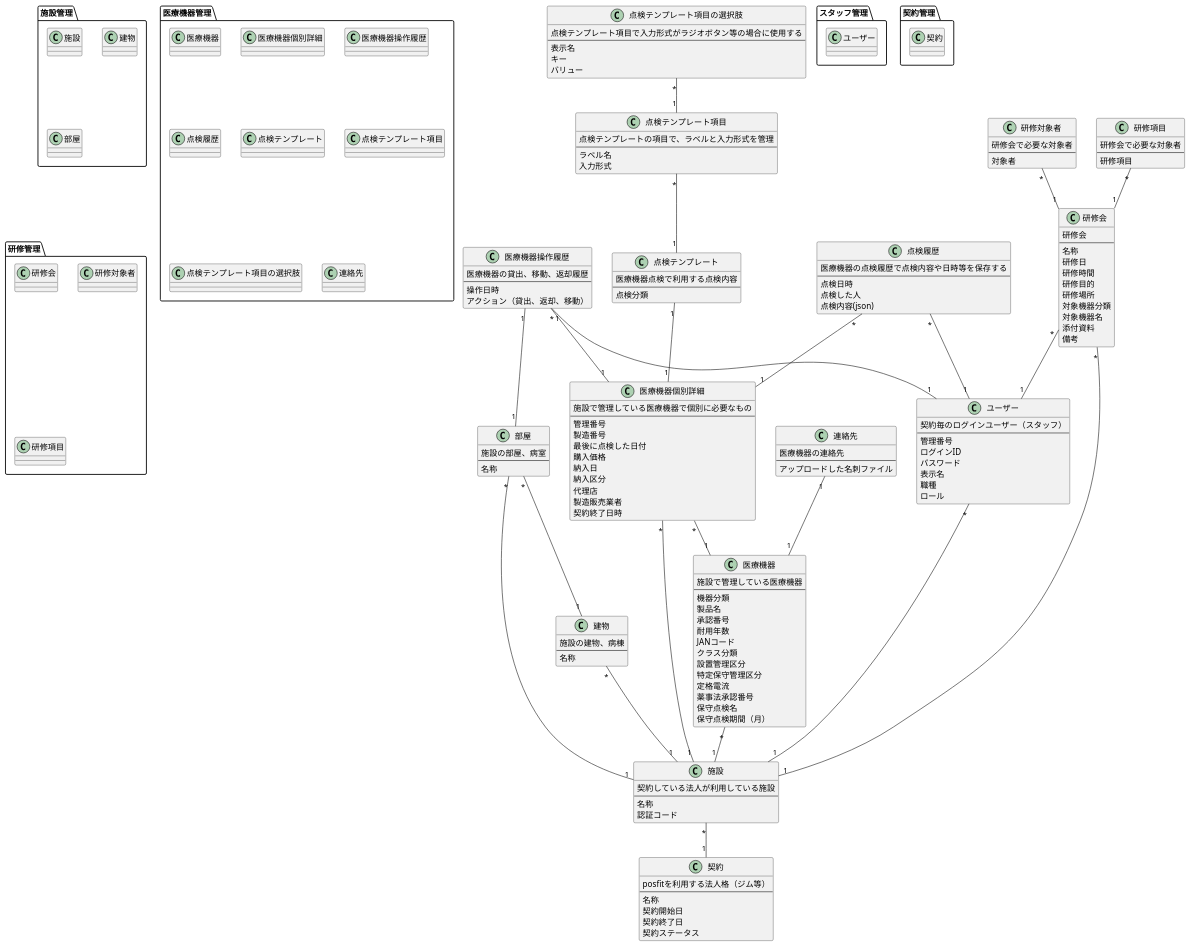
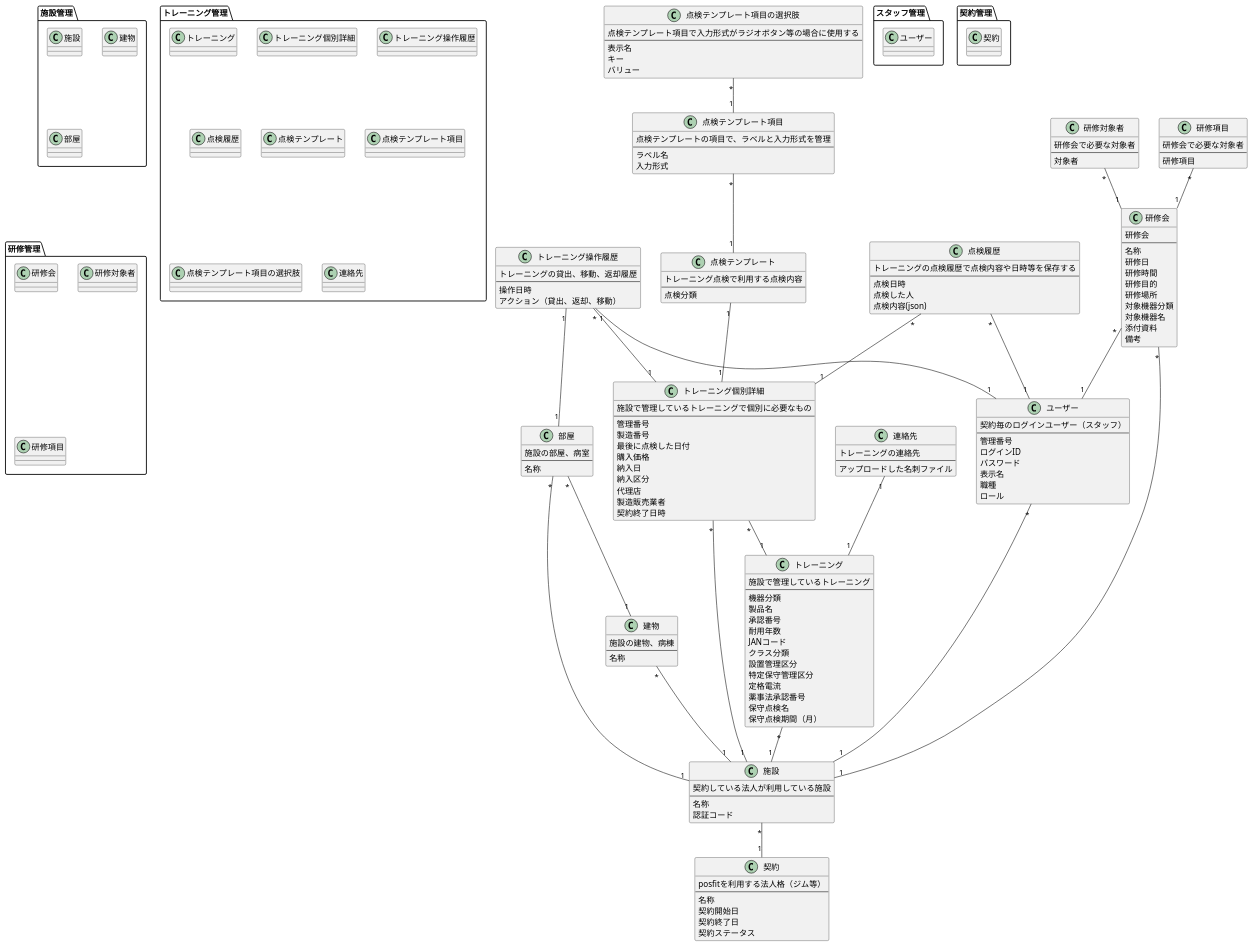
Before and after one commit to autofit-hackers/autofit: the diagram in docs/db/posefit.puml, drawn with PlantUML.

Commit message:
chore: replace "医療機器" with "トレーニング" (just for testing github actions)

```diff
--- a/docs/db/posefit.puml
+++ b/docs/db/posefit.puml
@@ -1,193 +1,193 @@
 @startuml domain-model
 
 package スタッフ管理 {
   class ユーザー
 }
 
 package 契約管理 {
   class 契約
 }
 
 package 施設管理 {
   class 施設
   class 建物
   class 部屋
 }
 
-package 医療機器管理 {
-  class 医療機器
-  class 医療機器個別詳細
-  class 医療機器操作履歴
+package トレーニング管理 {
+  class トレーニング
+  class トレーニング個別詳細
+  class トレーニング操作履歴
   class 点検履歴
   class 点検テンプレート
   class 点検テンプレート項目
   class 点検テンプレート項目の選択肢
   class 連絡先
 }
 
 package 研修管理 {
   class 研修会
   class 研修対象者
   class 研修項目
 }
 
 class 契約 {
   posfitを利用する法人格（ジム等）
   ---
   名称
   契約開始日
   契約終了日
   契約ステータス
 }
 
 class 施設 {
   契約している法人が利用している施設
   ---
   名称
   認証コード
 }
 施設 "*" -- "1" 契約
 
 class ユーザー {
   契約毎のログインユーザー（スタッフ）
   ---
   管理番号
   ログインID
   パスワード
   表示名
   職種
   ロール
 }
 ユーザー "*" -- "1" 施設
 
-class 医療機器 {
-  施設で管理している医療機器
+class トレーニング {
+  施設で管理しているトレーニング
   ---
   機器分類
   製品名
   承認番号
   耐用年数
   JANコード
   クラス分類
   設置管理区分
   特定保守管理区分
   定格電流
   薬事法承認番号
   保守点検名
   保守点検期間（月）
 }
-医療機器 "*" -- "1" 施設
+トレーニング "*" -- "1" 施設
 
-class 医療機器個別詳細 {
-  施設で管理している医療機器で個別に必要なもの
+class トレーニング個別詳細 {
+  施設で管理しているトレーニングで個別に必要なもの
   ---
   管理番号
   製造番号
   最後に点検した日付
   購入価格
   納入日
   納入区分
   代理店
   製造販売業者
   契約終了日時
 }
-医療機器個別詳細 "*" -- "1" 施設
-医療機器個別詳細 "*" -- "1" 医療機器
+トレーニング個別詳細 "*" -- "1" 施設
+トレーニング個別詳細 "*" -- "1" トレーニング
 
 class 連絡先 {
-  医療機器の連絡先
+  トレーニングの連絡先
   ---
   アップロードした名刺ファイル
 }
-連絡先 "1" -- "1" 医療機器
+連絡先 "1" -- "1" トレーニング
 
 class 建物 {
   施設の建物、病棟
   ---
   名称
 }
 建物 "*" -- "1" 施設
 
 class 部屋 {
   施設の部屋、病室
   ---
   名称
 }
 部屋 "*" -- "1" 施設
 部屋 "*" -- "1" 建物
 
-class 医療機器操作履歴 {
-  医療機器の貸出、移動、返却履歴
+class トレーニング操作履歴 {
+  トレーニングの貸出、移動、返却履歴
   ---
   操作日時
   アクション（貸出、返却、移動）
 }
-医療機器操作履歴 "*" -- "1" 医療機器個別詳細
-医療機器操作履歴 "1" -- "1" ユーザー
-医療機器操作履歴 "1" -- "1" 部屋
+トレーニング操作履歴 "*" -- "1" トレーニング個別詳細
+トレーニング操作履歴 "1" -- "1" ユーザー
+トレーニング操作履歴 "1" -- "1" 部屋
 
 class 点検テンプレート {
-  医療機器点検で利用する点検内容
+  トレーニング点検で利用する点検内容
   ---
   点検分類
 }
-点検テンプレート "1" -- "1" 医療機器個別詳細
+点検テンプレート "1" -- "1" トレーニング個別詳細
 
 class 点検テンプレート項目 {
   点検テンプレートの項目で、ラベルと入力形式を管理
   ---
   ラベル名
   入力形式
 }
 点検テンプレート項目 "*" -- "1" 点検テンプレート
 
 class 点検テンプレート項目の選択肢 {
   点検テンプレート項目で入力形式がラジオボタン等の場合に使用する
   ---
   表示名
   キー
   バリュー
 }
 点検テンプレート項目の選択肢 "*" -- "1" 点検テンプレート項目
 
 class 点検履歴 {
-  医療機器の点検履歴で点検内容や日時等を保存する
+  トレーニングの点検履歴で点検内容や日時等を保存する
   ---
   点検日時
   点検した人
   点検内容(json)
 }
-点検履歴 "*" -- "1" 医療機器個別詳細
+点検履歴 "*" -- "1" トレーニング個別詳細
 点検履歴 "*" -- "1" ユーザー
 
 class 研修会 {
   研修会
   ---
   名称
   研修日
   研修時間
   研修目的
   研修場所
   対象機器分類
   対象機器名
   添付資料
   備考
 }
 研修会 "*" -- "1" 施設
 研修会 "*" -- "1" ユーザー
 
 class 研修対象者 {
   研修会で必要な対象者
   ---
   対象者
 }
 研修対象者 "*" -- "1" 研修会
 
 class 研修項目 {
   研修会で必要な対象者
   ---
   研修項目
 }
 研修項目 "*" -- "1" 研修会
 
 @enduml
```
